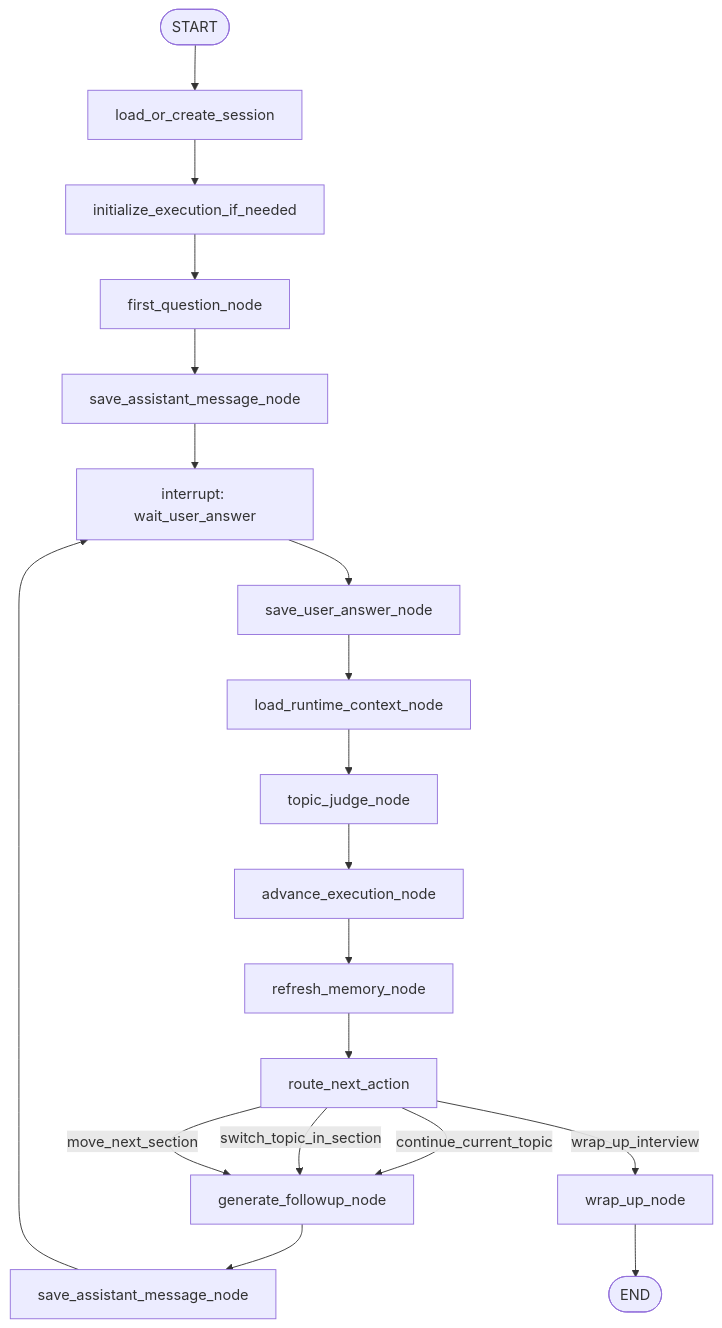
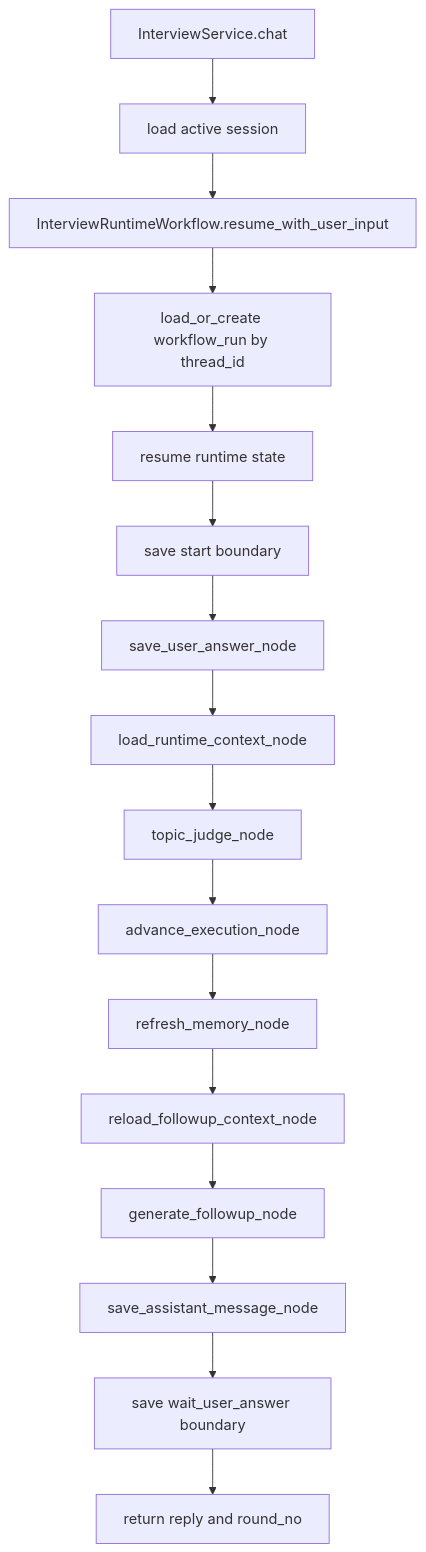
Before and after one commit to fupo-lin/InterviewAgent: the diagram in docs/interview_runtime_langgraph_design.md, drawn with Mermaid. The commit also changed other lines of this file and 9 other files, not shown here.

````diff
--- a/docs/interview_runtime_langgraph_design.md
+++ b/docs/interview_runtime_langgraph_design.md
@@ -93,25 +143,18 @@
 ```mermaid
 flowchart TD
-    START([START]) --> A[load_or_create_session]
-    A --> B[initialize_execution_if_needed]
-    B --> C[first_question_node]
-    C --> D[save_assistant_message_node]
-    D --> WAIT[interrupt: wait_user_answer]
-
-    WAIT --> E[save_user_answer_node]
-    E --> F[load_runtime_context_node]
-    F --> G[topic_judge_node]
-    G --> H[advance_execution_node]
-    H --> I[refresh_memory_node]
-    I --> J[route_next_action]
-
-    J -->|continue_current_topic| K[generate_followup_node]
-    J -->|switch_topic_in_section| K
-    J -->|move_next_section| K
-    J -->|wrap_up_interview| L[wrap_up_node]
-
-    K --> M[save_assistant_message_node]
-    M --> WAIT
-
-    L --> END([END])
+    A[InterviewService.chat] --> B[load active session]
+    B --> C[InterviewRuntimeWorkflow.resume_with_user_input]
+    C --> D[load_or_create workflow_run by thread_id]
+    D --> E[resume runtime state]
+    E --> F[save start boundary]
+    F --> G[save_user_answer_node]
+    G --> H[load_runtime_context_node]
+    H --> I[topic_judge_node]
+    I --> J[advance_execution_node]
+    J --> K[refresh_memory_node]
+    K --> L[reload_followup_context_node]
+    L --> M[generate_followup_node]
+    M --> N[save_assistant_message_node]
+    N --> O[save wait_user_answer boundary]
+    O --> P[return reply and round_no]
 ```
````
